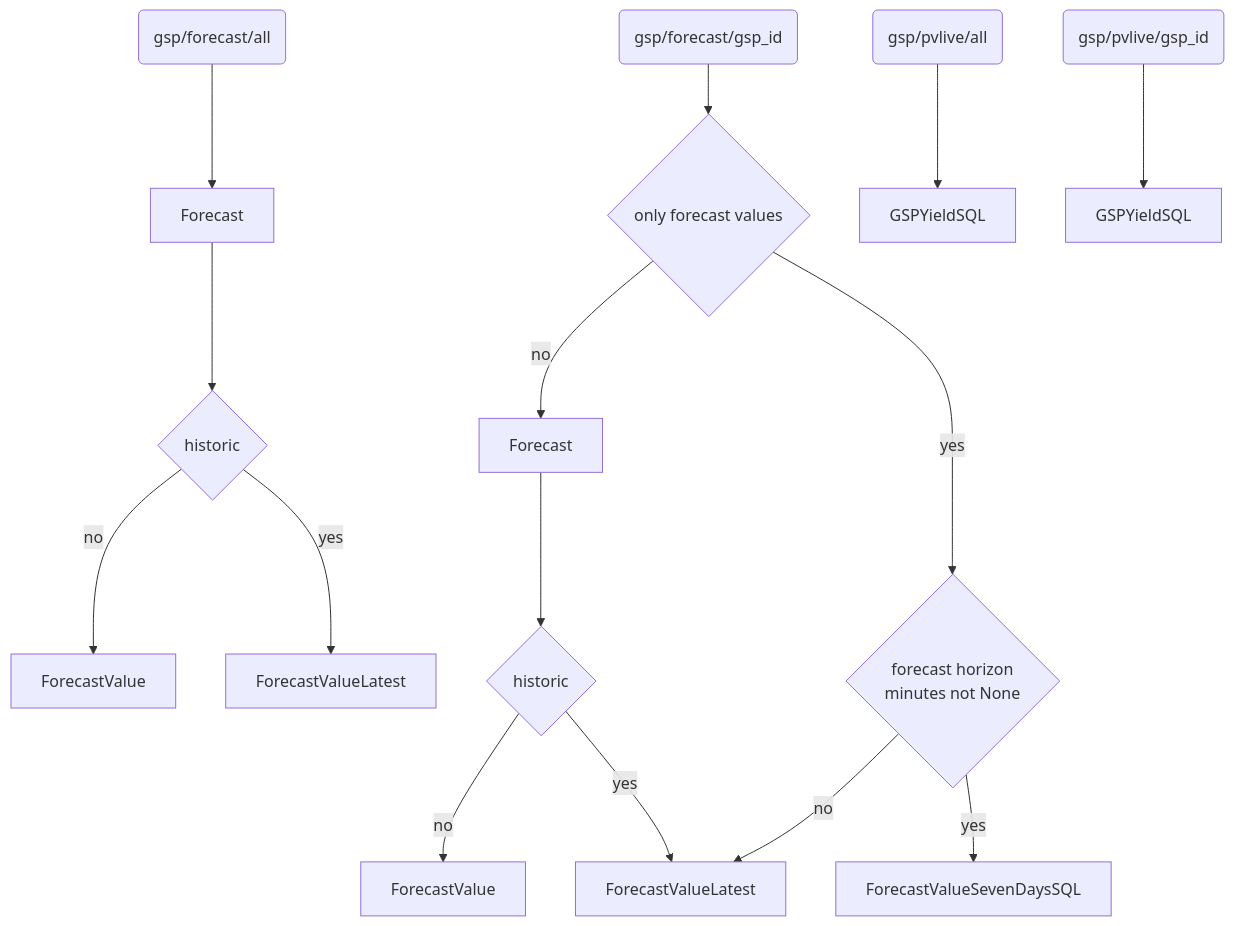
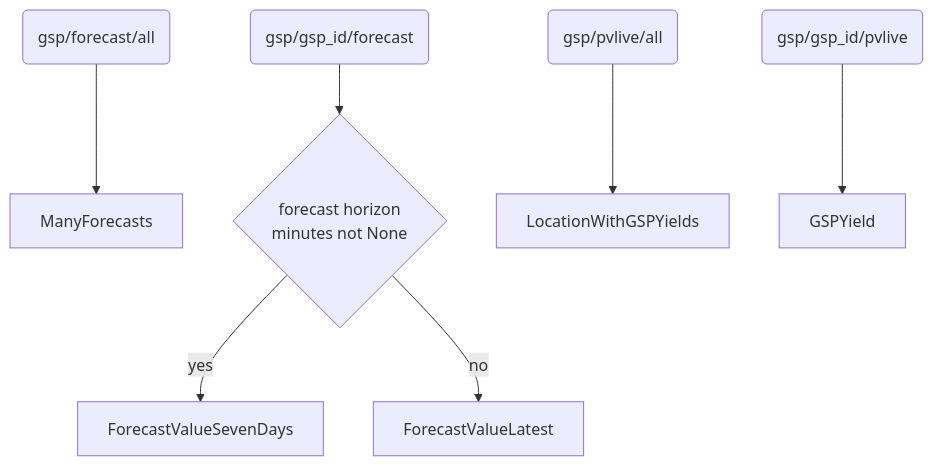
Before and after one commit to openclimatefix/uk-pv-national-gsp-api: the second of 3 diagrams in README.md, drawn with Mermaid. The commit also changed other lines of this file, not shown here.

Commit message:
update diagram (#235)
* update diagram

* tidy

````diff
--- a/README.md
+++ b/README.md
@@ -108,25 +103,16 @@
 ```mermaid
   graph TD;
-      G1(gsp/forecast/all) -->G2;
-      G2[Forecast] -->Q1;
-      Q1{historic}
-      Q1-->|no| N3[ForecastValue];
-      Q1-->|yes| N4[ForecastValueLatest];
+      G1(gsp/forecast/all);
+      G1--> N3[ManyForecasts];
 
-      G3(gsp/forecast/gsp_id) -->Q2;
-      Q2{only forecast values} --> |no| G4
-      Q2--> |yes| Q4
-      G4[Forecast] --> Q3;
-      Q3{historic}
-      Q3-->|no| G5[ForecastValue];
-      Q3-->|yes| G6[ForecastValueLatest];
+      G3(gsp/gsp_id/forecast) -->Q4;
       Q4{forecast horizon <br> minutes not None}
-      Q4-->|yes| G7[ForecastValueSevenDaysSQL];
-      Q4-->|no| G6;
+      Q4-->|yes| G7[ForecastValueSevenDays];
+      Q4-->|no| G6[ForecastValueLatest];
 
       GP1(gsp/pvlive/all)-->GP2;
-      GP2[GSPYieldSQL];
+      GP2[LocationWithGSPYields];
 
-      GP3(gsp/pvlive/gsp_id)-->GP4;
-      GP4[GSPYieldSQL];
+      GP3(gsp/gsp_id/pvlive)-->GP4;
+      GP4[GSPYield];
 ```
````
